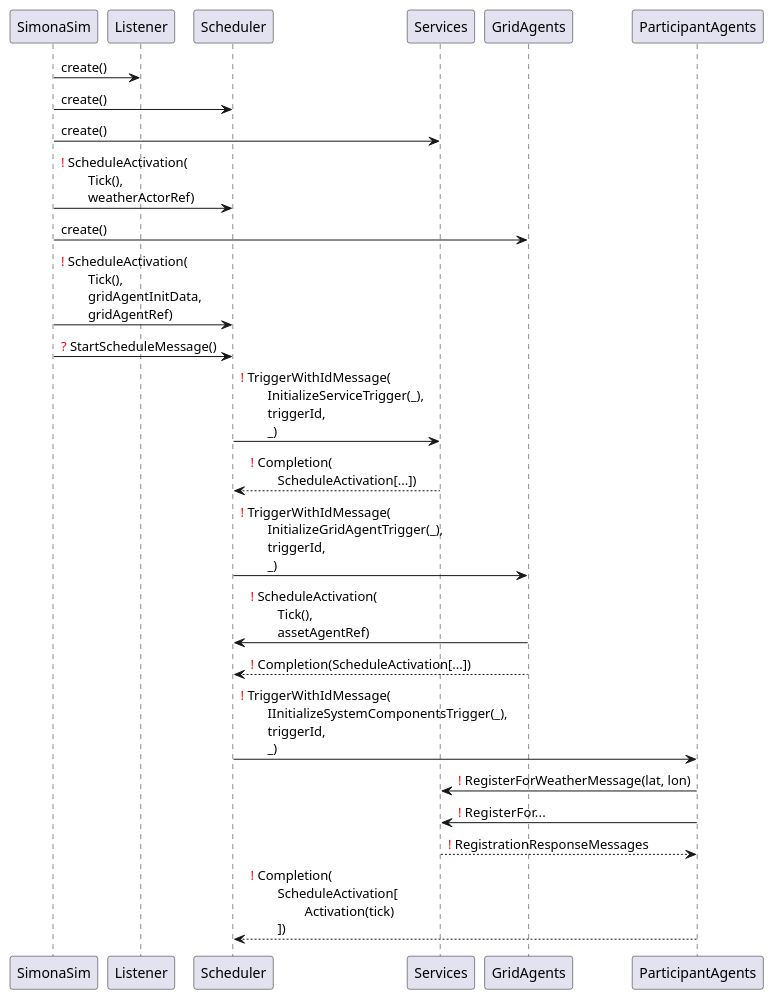
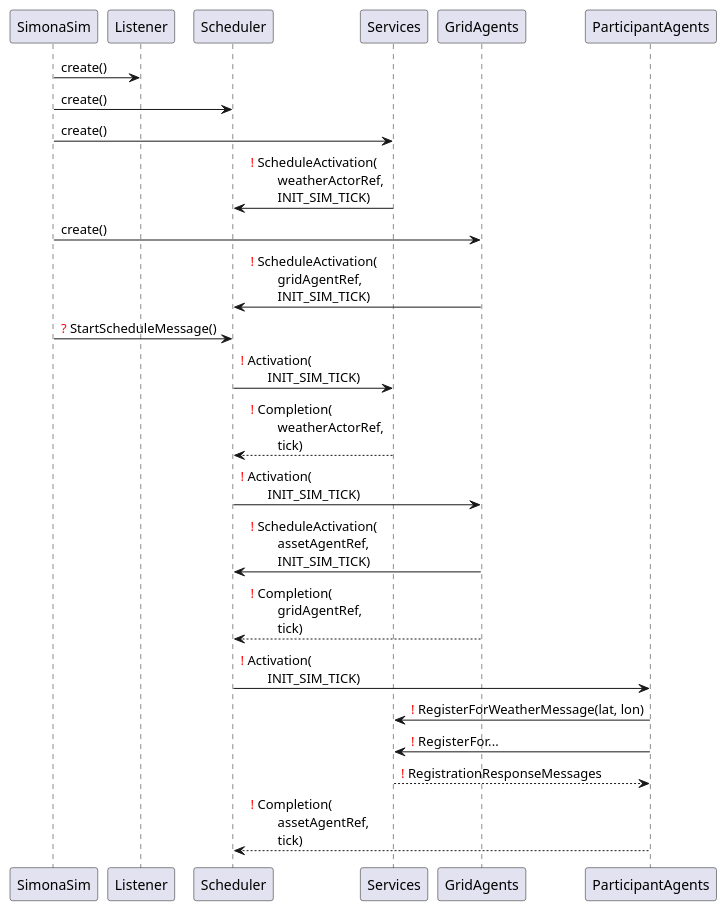
Before and after one commit to ie3-institute/simona: the diagram in docs/uml/protocol/InitializationPhase.puml, drawn with PlantUML.

Commit message:
Removed TriggerIDMessage, Changed Completion and where ScheduleActivations come from

```diff
--- a/docs/uml/protocol/InitializationPhase.puml
+++ b/docs/uml/protocol/InitializationPhase.puml
@@ -1,19 +1,19 @@
 @startuml
 SimonaSim -> Listener: create()
 SimonaSim -> Scheduler: create()
 SimonaSim -> Services: create()
-SimonaSim -> Scheduler: <font color=red>!</font> ScheduleActivation(\n\tTick(),\n\tweatherActorRef)
+Services -> Scheduler: <font color=red>!</font> ScheduleActivation(\n\tweatherActorRef, \n\tINIT_SIM_TICK)
 SimonaSim -> GridAgents: create()
-SimonaSim -> Scheduler: <font color=red>!</font> ScheduleActivation(\n\tTick(),\n\tgridAgentInitData,\n\tgridAgentRef)
+GridAgents -> Scheduler: <font color=red>!</font> ScheduleActivation(\n\tgridAgentRef, \n\tINIT_SIM_TICK)
 SimonaSim -> Scheduler: <font color=red>?</font> StartScheduleMessage()
-Scheduler -> Services: <font color=red>!</font> TriggerWithIdMessage(\n\tInitializeServiceTrigger(_),\n\ttriggerId,\n\t_)
-Services --> Scheduler: <font color=red>!</font> Completion(\n\tScheduleActivation[...])
-Scheduler -> GridAgents: <font color=red>!</font> TriggerWithIdMessage(\n\tInitializeGridAgentTrigger(_),\n\ttriggerId,\n\t_)
-GridAgents -> Scheduler: <font color=red>!</font> ScheduleActivation(\n\tTick(),\n\tassetAgentRef)
-GridAgents --> Scheduler: <font color=red>!</font> Completion(ScheduleActivation[...])
-Scheduler -> ParticipantAgents: <font color=red>!</font> TriggerWithIdMessage(\n\tIInitializeSystemComponentsTrigger(_),\n\ttriggerId,\n\t_)
+Scheduler -> Services: <font color=red>!</font> Activation(\n\tINIT_SIM_TICK)
+Services --> Scheduler: <font color=red>!</font> Completion(\n\tweatherActorRef, \n\ttick)
+Scheduler -> GridAgents: <font color=red>!</font> Activation(\n\tINIT_SIM_TICK)
+GridAgents -> Scheduler: <font color=red>!</font> ScheduleActivation(\n\tassetAgentRef, \n\tINIT_SIM_TICK)
+GridAgents --> Scheduler: <font color=red>!</font> Completion(\n\tgridAgentRef,\n\ttick)
+Scheduler -> ParticipantAgents: <font color=red>!</font> Activation(\n\tINIT_SIM_TICK)
 ParticipantAgents -> Services: <font color=red>!</font> RegisterForWeatherMessage(lat, lon)
 ParticipantAgents -> Services: <font color=red>!</font> RegisterFor...
 Services --> ParticipantAgents: <font color=red>!</font> RegistrationResponseMessages
-ParticipantAgents --> Scheduler: <font color=red>!</font> Completion(\n\tScheduleActivation[\n\t\tActivation(tick)\n\t])
+ParticipantAgents --> Scheduler: <font color=red>!</font> Completion(\n\tassetAgentRef,\n\ttick)
 @enduml
```
